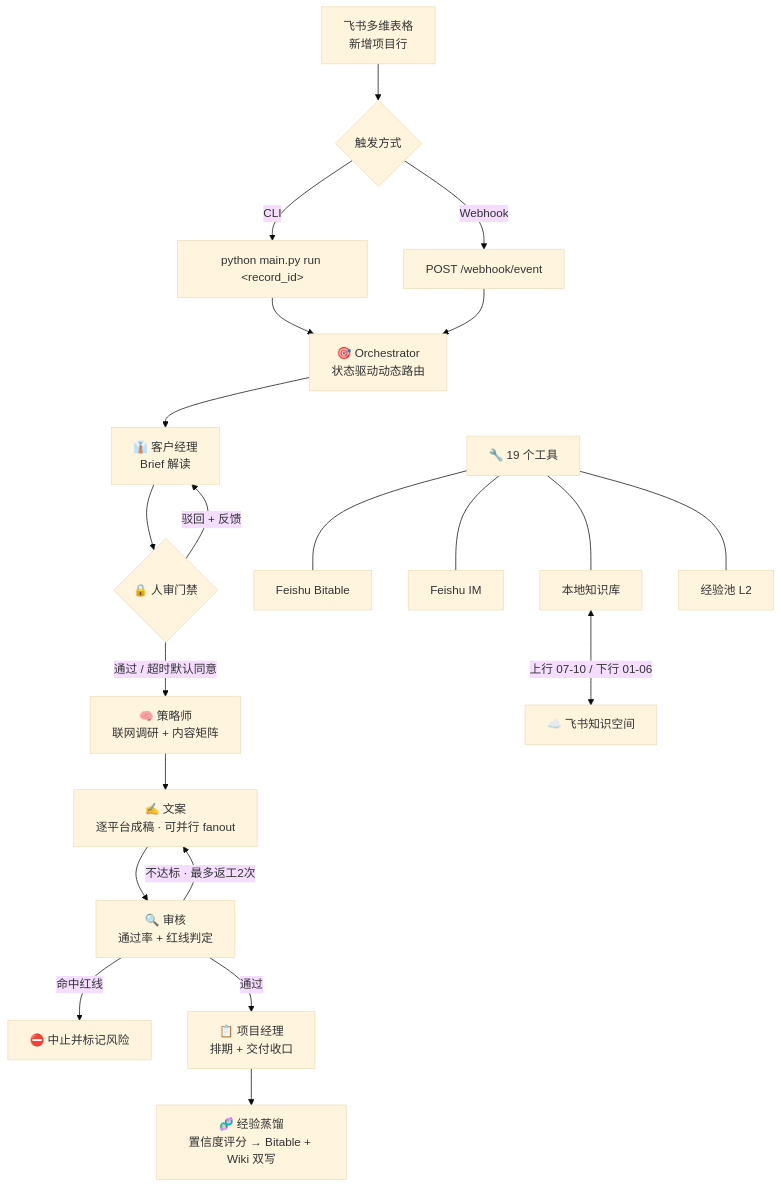
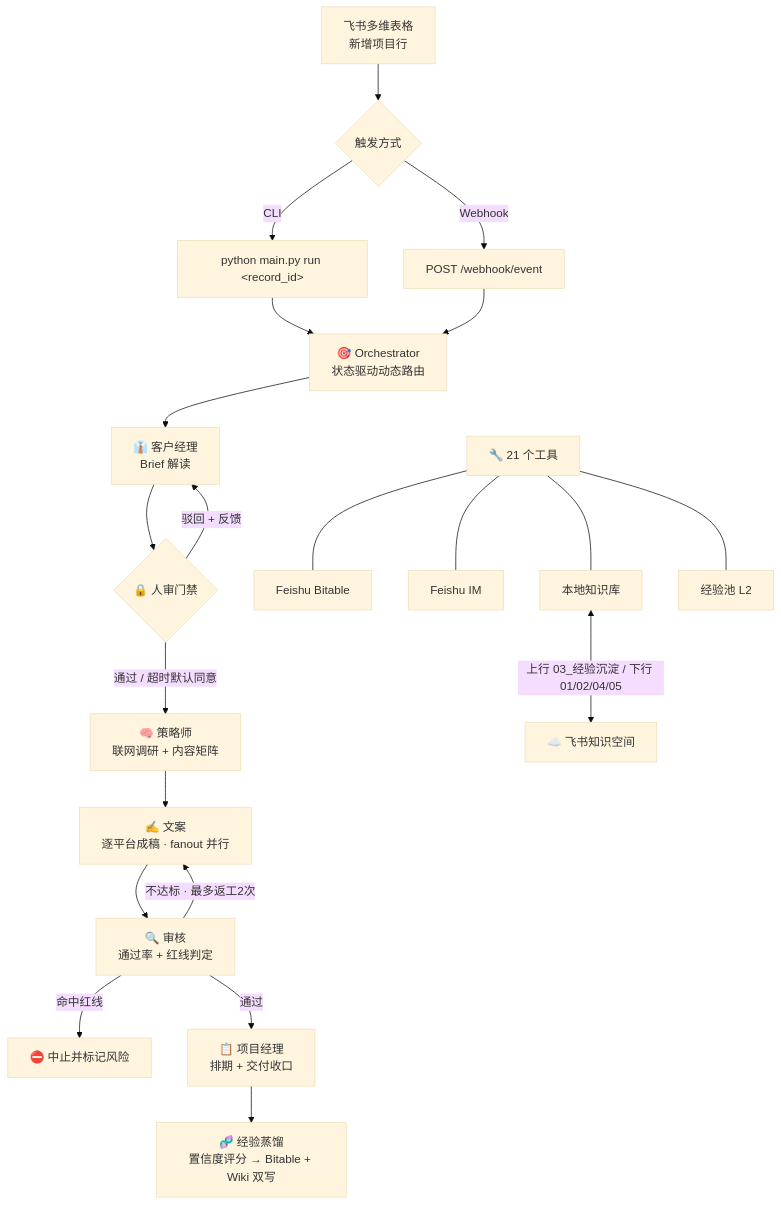
One commit to Concentration-point/feishu-multi-agent changed the diagram in README.md. Above: the diagram before and after it, drawn with Mermaid (base theme). The commit also changed other lines of this file and 56 other files, not shown here.

````diff
--- a/README.md
+++ b/README.md
@@ -70,31 +70,31 @@
 ```mermaid
 flowchart TD
     A[飞书多维表格<br/>新增项目行] --> B{触发方式}
     B -->|CLI| C["python main.py run &lt;record_id&gt;"]
     B -->|Webhook| D["POST /webhook/event"]
 
     C --> E["🎯 Orchestrator<br/>状态驱动动态路由"]
     D --> E
 
     E --> F1["👔 客户经理<br/>Brief 解读"]
     F1 --> G1{"🔒 人审门禁"}
     G1 -->|通过 / 超时默认同意| F2
     G1 -->|驳回 + 反馈| F1
 
     F2["🧠 策略师<br/>联网调研 + 内容矩阵"]
-    F2 --> F3["✍️ 文案<br/>逐平台成稿 · 可并行 fanout"]
+    F2 --> F3["✍️ 文案<br/>逐平台成稿 · fanout 并行"]
     F3 --> F4["🔍 审核<br/>通过率 + 红线判定"]
     F4 -->|不达标 · 最多返工2次| F3
     F4 -->|命中红线| X["⛔ 中止并标记风险"]
     F4 -->|通过| F5["📋 项目经理<br/>排期 + 交付收口"]
 
     F5 --> H["🧬 经验蒸馏<br/>置信度评分 → Bitable + Wiki 双写"]
 
-    E ~~~ T["🔧 19 个工具"]
+    E ~~~ T["🔧 21 个工具"]
     T --- B1["Feishu Bitable"]
     T --- B2["Feishu IM"]
     T --- B3["本地知识库"]
     T --- B4["经验池 L2"]
 
-    B3 <-->|上行 07-10 / 下行 01-06| W["☁️ 飞书知识空间"]
+    B3 <-->|上行 03_经验沉淀 / 下行 01/02/04/05| W["☁️ 飞书知识空间"]
 ```
````
